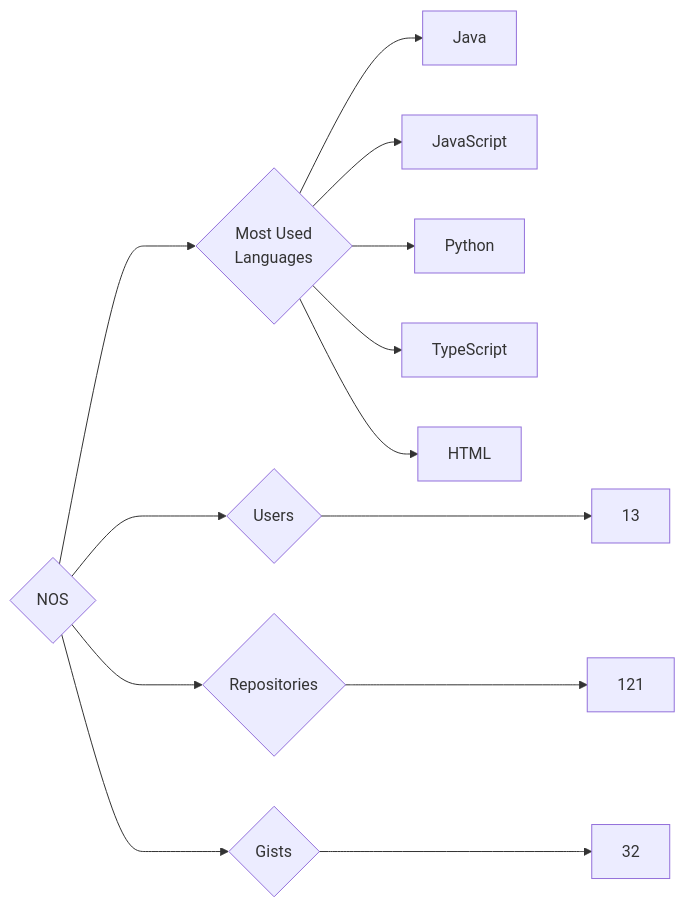
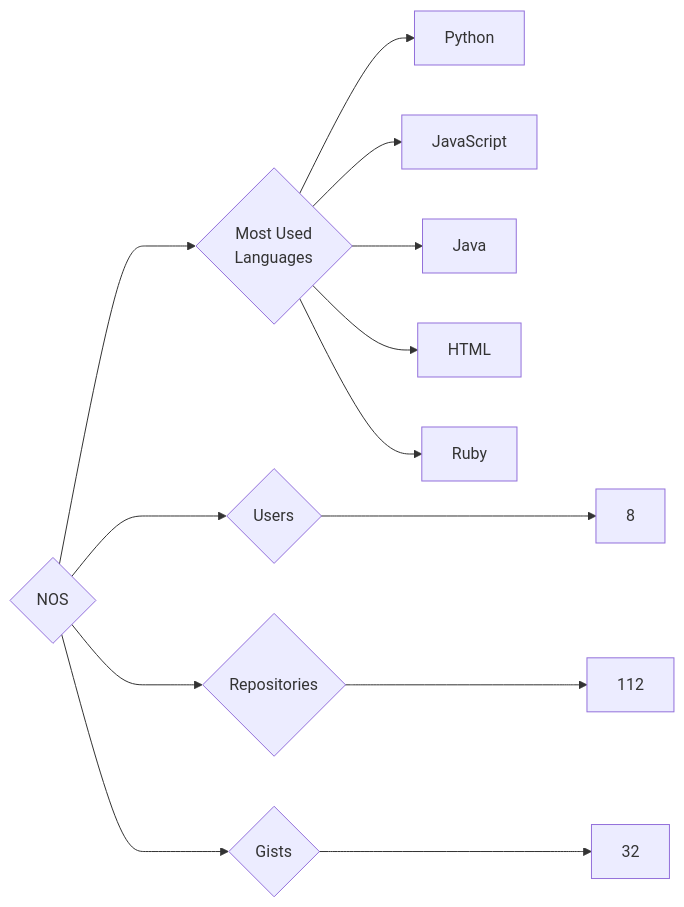
Before and after one commit to trickest/insiders: the diagram in targets/NOS/README.md, drawn with Mermaid. The commit also changed 823 other files, not shown here.

````diff
--- a/targets/NOS/README.md
+++ b/targets/NOS/README.md
@@ -3,13 +3,13 @@
 ```mermaid
 graph LR
 COMPANY_NAME{NOS}
-COMPANY_NAME ---> U{Users} ---> UN[13]
-COMPANY_NAME ---> R{Repositories} ---> RN[121]
+COMPANY_NAME ---> U{Users} ---> UN[8]
+COMPANY_NAME ---> R{Repositories} ---> RN[112]
 COMPANY_NAME ---> G{Gists} ---> GN[32]
 COMPANY_NAME ---> ML{Most Used<br>Languages}
+ML --> Python[Python]
+ML --> JavaScript[JavaScript]
 ML --> Java[Java]
-ML --> JavaScript[JavaScript]
-ML --> Python[Python]
-ML --> TypeScript[TypeScript]
 ML --> HTML[HTML]
+ML --> Ruby[Ruby]
 ```
````
